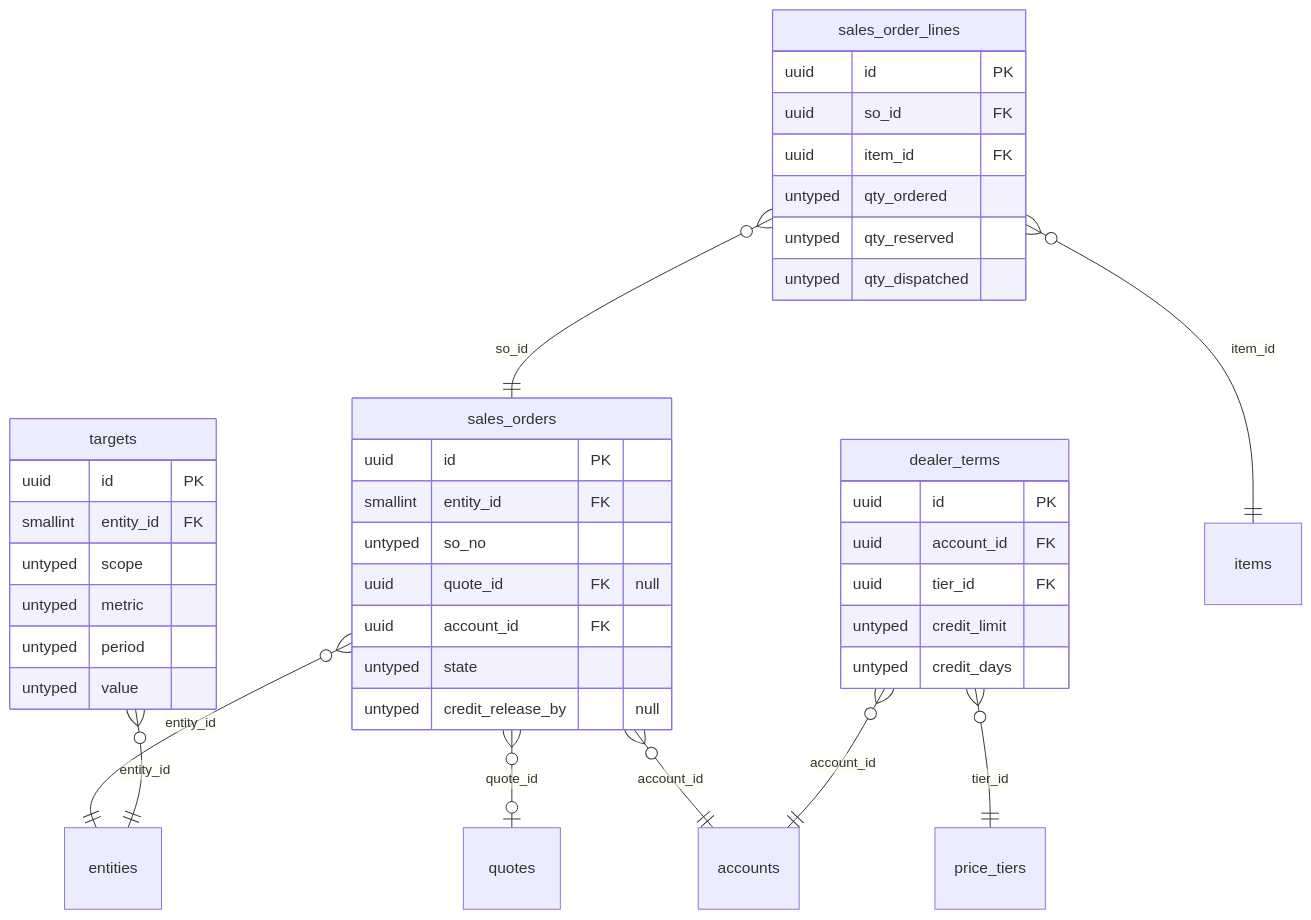
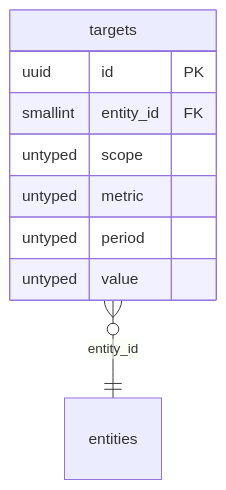
Diagram 11 of 17 in docs/data/ERD.md (techaust/shakti_prime), drawn with Mermaid before and after one commit. The commit also changed other lines of this file and 7 other files, not shown here.

Commit message:
docs(sales): DATABASE, SECURITY, design record, workshop pack and PRD for orders and dealer credit; regenerated data documents

````diff
--- a/docs/data/ERD.md
+++ b/docs/data/ERD.md
@@ -1085,43 +1209,12 @@
 ```mermaid
 erDiagram
-  sales_orders {
-    uuid id PK
-    smallint entity_id FK
-    untyped so_no
-    uuid quote_id FK "null"
-    uuid account_id FK
-    untyped state
-    untyped credit_release_by "null"
-  }
-  sales_order_lines {
-    uuid id PK
-    uuid so_id FK
-    uuid item_id FK
-    untyped qty_ordered
-    untyped qty_reserved
-    untyped qty_dispatched
-  }
-  dealer_terms {
-    uuid id PK
-    uuid account_id FK
-    uuid tier_id FK
-    untyped credit_limit
-    untyped credit_days
-  }
   targets {
     uuid id PK
     smallint entity_id FK
     untyped scope
     untyped metric
     untyped period
     untyped value
   }
-  sales_orders }o--|| entities : "entity_id"
-  sales_orders }o--o| quotes : "quote_id"
-  sales_orders }o--|| accounts : "account_id"
-  sales_order_lines }o--|| sales_orders : "so_id"
-  sales_order_lines }o--|| items : "item_id"
-  dealer_terms }o--|| accounts : "account_id"
-  dealer_terms }o--|| price_tiers : "tier_id"
   targets }o--|| entities : "entity_id"
 ```
````
